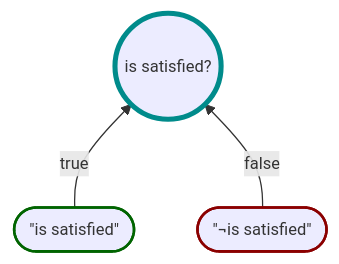
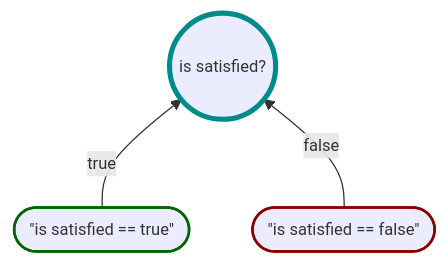
Before and after one commit to karlssberg/Motiv: the diagram in tutorial/MinimalProposition.md, drawn with Mermaid. The commit also changed other lines of this file and 8 other files, not shown here.

First line of the commit message:
docs: replace stale ¬ negation notation with == true/== false suffix (#60)

````diff
--- a/tutorial/MinimalProposition.md
+++ b/tutorial/MinimalProposition.md
@@ -4,10 +4,10 @@
 ```mermaid
 %%{init: { 'themeVariables': { 'fontSize': '13px' }}}%%
 flowchart BT
-    True(["&quot;is satisfied&quot;"]) -->|true| P((is satisfied?))
-    False(["&quot;¬is satisfied&quot;"]) -->|false| P
+    True(["&quot;is satisfied == true&quot;"]) -->|true| P((is satisfied?))
+    False(["&quot;is satisfied == false&quot;"]) -->|false| P
 
     style P stroke:darkcyan,stroke-width:4px
     style True stroke:darkgreen,stroke-width:2px
     style False stroke:darkred,stroke-width:2px
 ```
````
